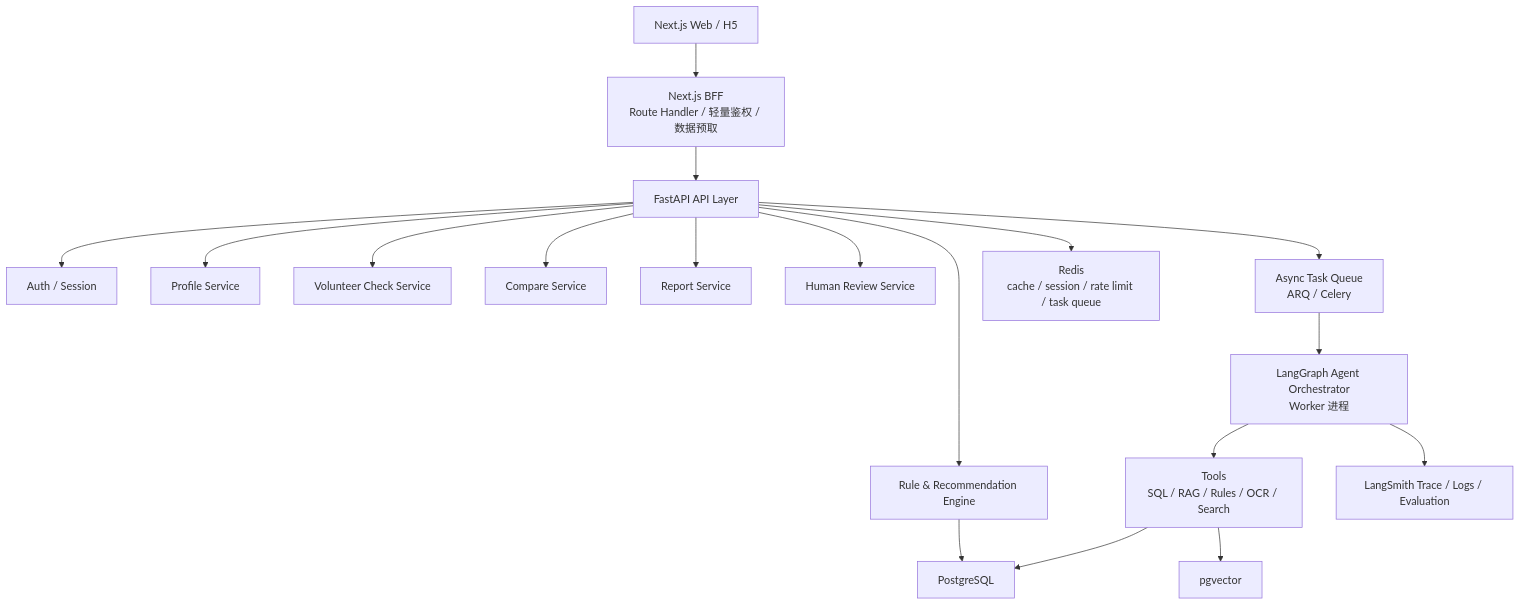
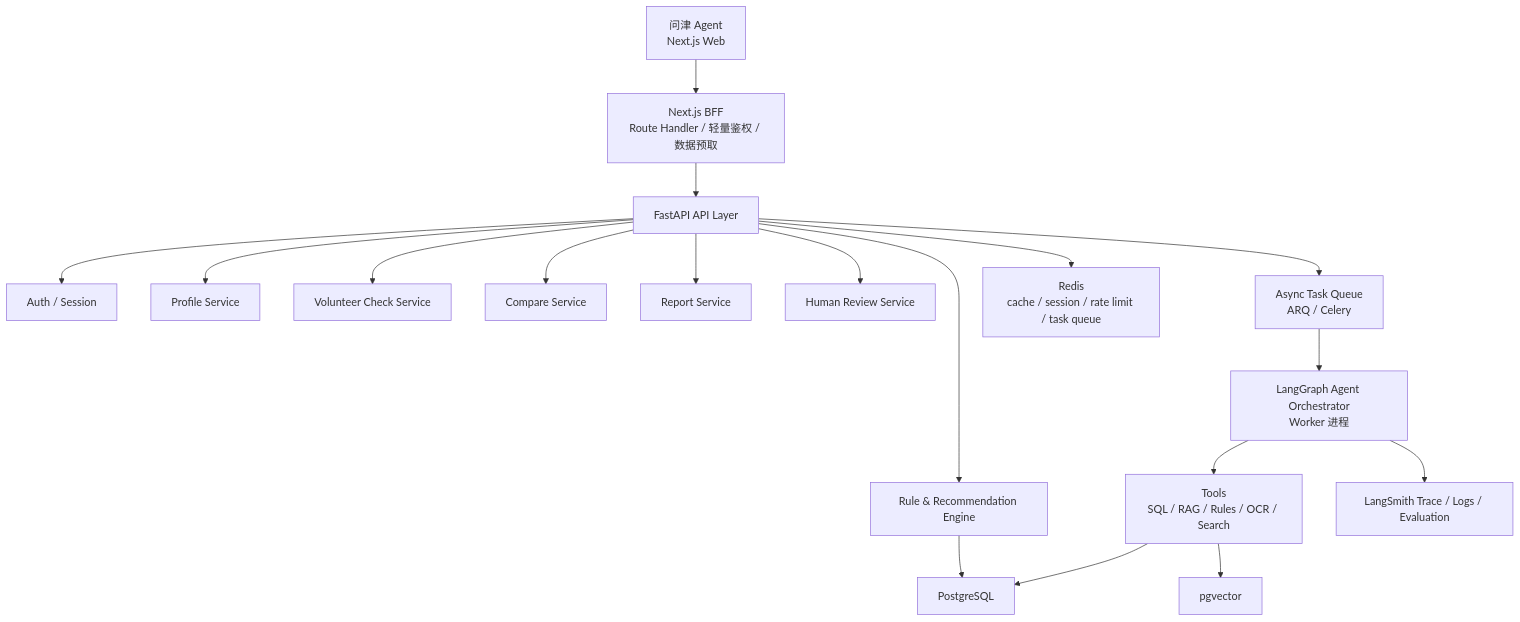
Before and after one commit to debugzhao/jin-guide: the first of 4 diagrams in docs/backend-prd.md, drawn with Mermaid. The commit also changed other lines of this file and 2 other files, not shown here.

Commit message:
add changelog

````diff
--- a/docs/backend-prd.md
+++ b/docs/backend-prd.md
@@ -46,20 +46,20 @@
 ```mermaid
 flowchart TD
-  FE["Next.js Web / H5"] --> BFF["Next.js BFF<br/>Route Handler / 轻量鉴权 / 数据预取"]
+  FE["问津 Agent<br/>Next.js Web"] --> BFF["Next.js BFF<br/>Route Handler / 轻量鉴权 / 数据预取"]
   BFF --> API["FastAPI API Layer"]
   API --> AUTH["Auth / Session"]
   API --> PROFILE["Profile Service"]
   API --> CHECK["Volunteer Check Service"]
   API --> COMPARE["Compare Service"]
   API --> REPORT["Report Service"]
   API --> REVIEW["Human Review Service"]
   API --> QUEUE["Async Task Queue<br/>ARQ / Celery"]
   QUEUE --> AGENT["LangGraph Agent Orchestrator<br/>Worker 进程"]
   API --> RULE["Rule & Recommendation Engine"]
   RULE --> SQL["PostgreSQL"]
   AGENT --> TOOLS["Tools<br/>SQL / RAG / Rules / OCR / Search"]
   TOOLS --> SQL
   TOOLS --> VDB["pgvector"]
   API --> REDIS["Redis<br/>cache / session / rate limit / task queue"]
   AGENT --> TRACE["LangSmith Trace / Logs / Evaluation"]
 ```
````
